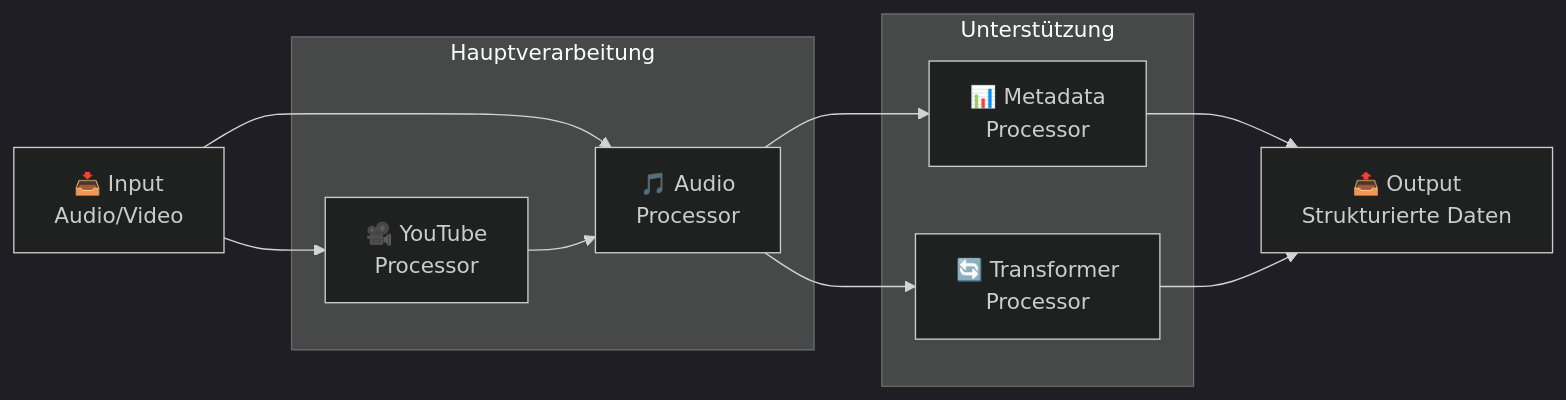
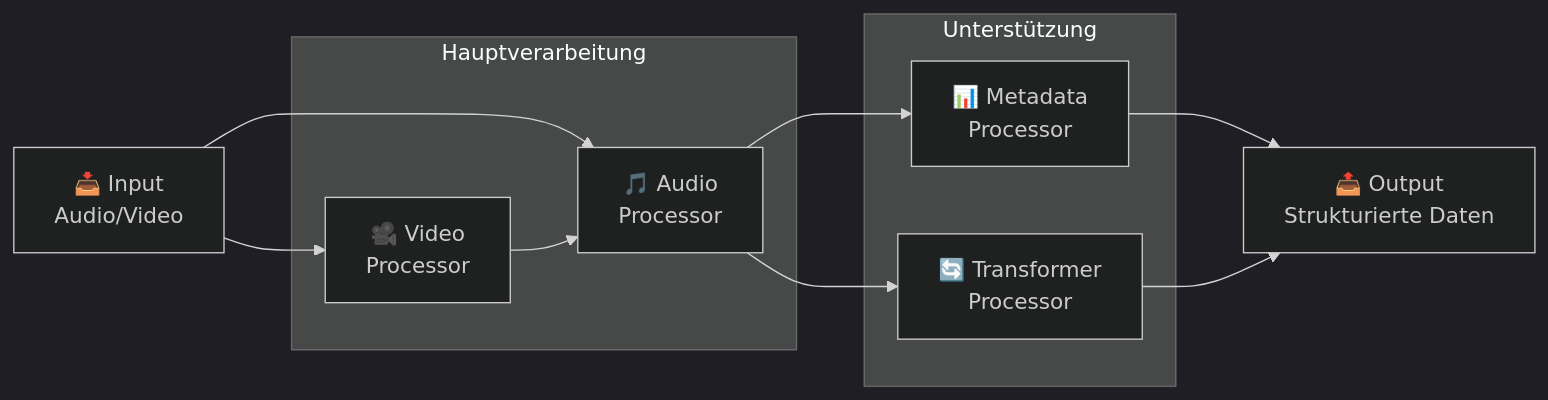
Before and after one commit to bCommonsLAB/CommonSecretaryServices: the fourth of 7 diagrams in docs/powerpoint/Secretary_Services_Präsentation.md, drawn with Mermaid (dark theme). The commit also changed other lines of this file and 1 other file, not shown here.

````diff
--- a/docs/powerpoint/Secretary_Services_Präsentation.md
+++ b/docs/powerpoint/Secretary_Services_Präsentation.md
@@ -237,26 +237,26 @@
 ```mermaid
 flowchart LR
     A["📥 Input<br/>Audio/Video"]
     
     subgraph main["Hauptverarbeitung"]
-        B["🎥 YouTube<br/>Processor"]
+        B["🎥 Video<br/>Processor"]
         C["🎵 Audio<br/>Processor"]
     end
     
     subgraph support["Unterstützung"]
         D["📊 Metadata<br/>Processor"]
         E["🔄 Transformer<br/>Processor"]
     end
     
     F["📤 Output<br/>Strukturierte Daten"]
     
     A --> B
     A --> C
     B --> C
     
     C --> D
     C --> E
     
     D --> F
     E --> F
 ```
````
